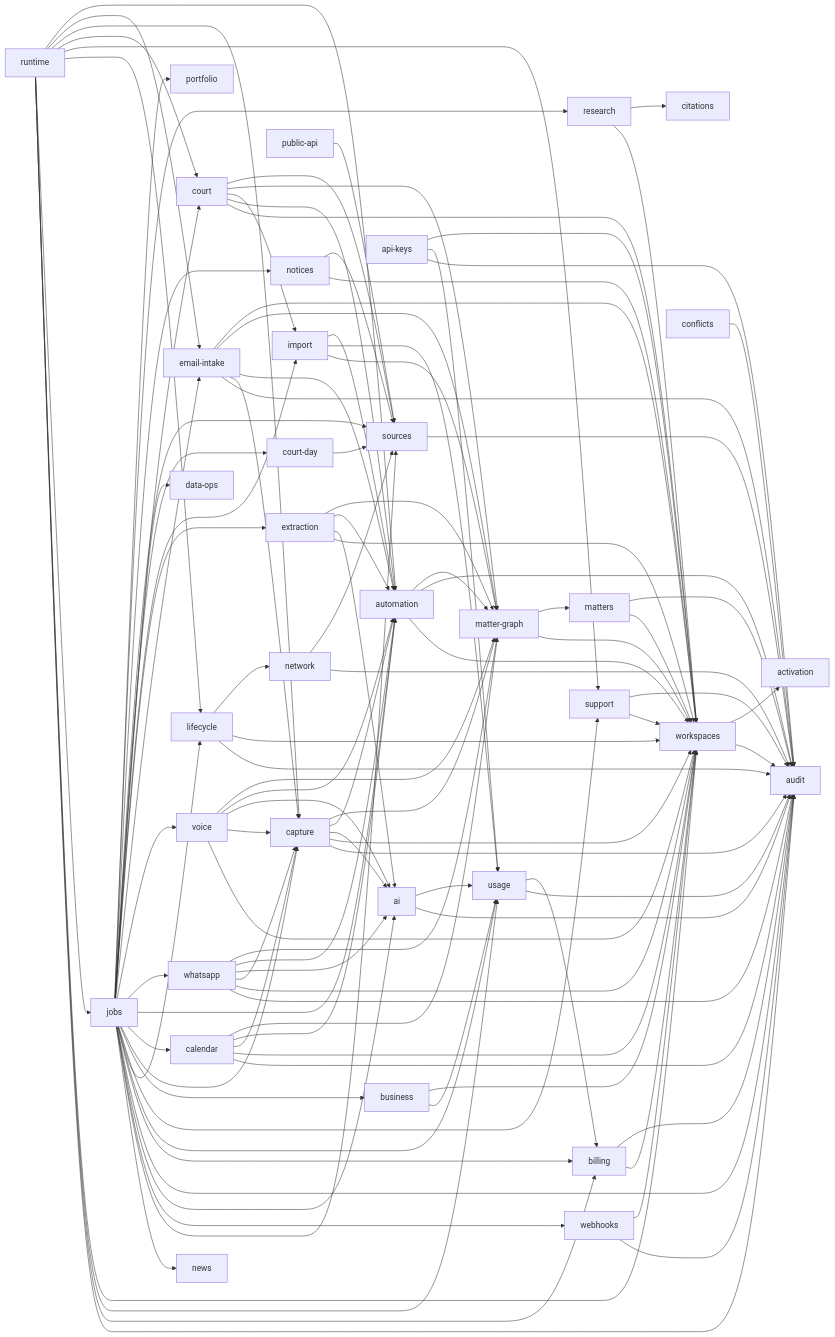
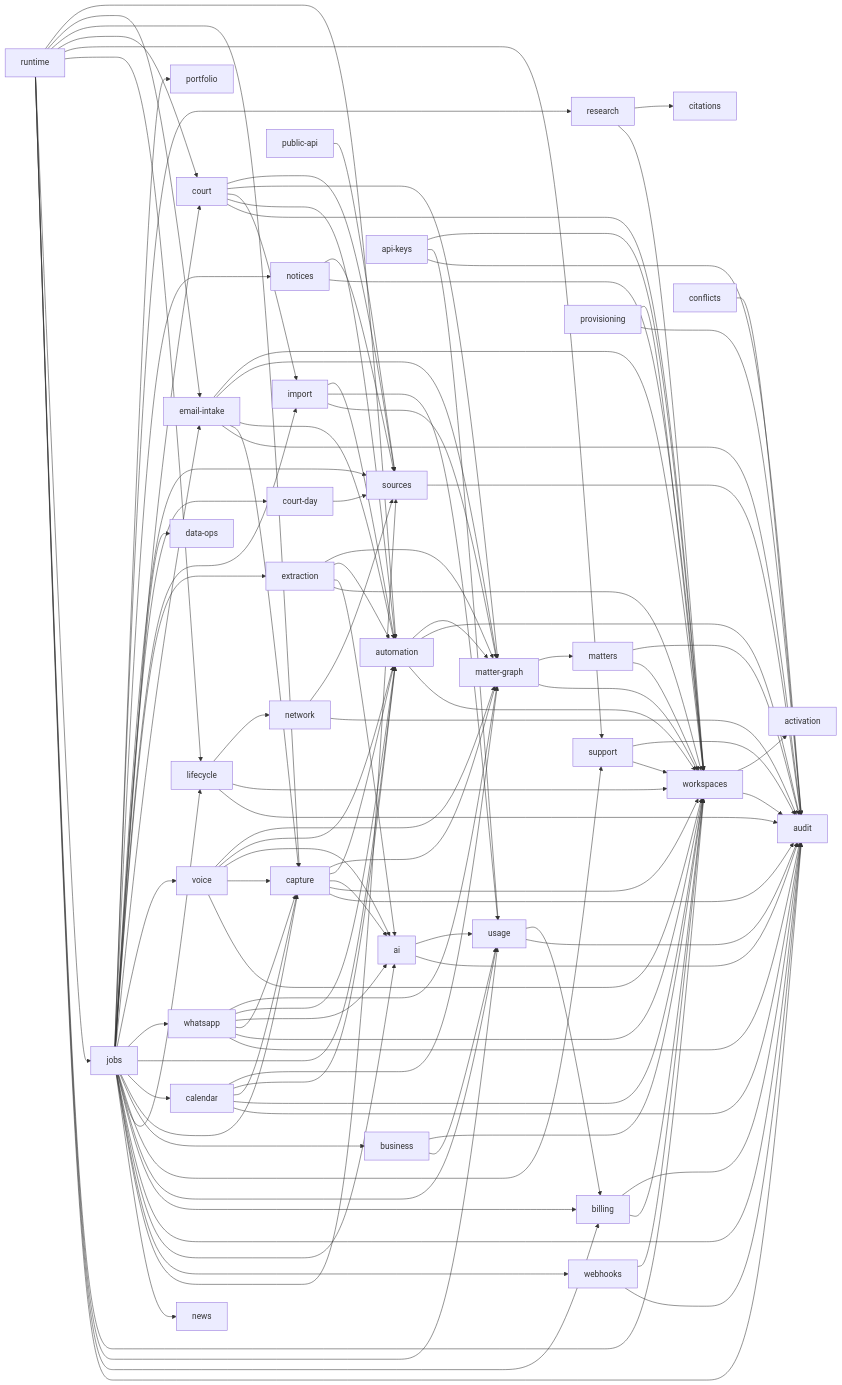
The diagram in docs/engineering/core-domains.md (RapierCraftStudios/causedeck), drawn with Mermaid before and after one commit. The commit also changed other lines of this file and 25 other files, not shown here.

```diff
--- a/docs/engineering/core-domains.md
+++ b/docs/engineering/core-domains.md
@@ -160,6 +161,8 @@
   api-keys --> audit
   api-keys --> usage
   api-keys --> workspaces
+  provisioning --> audit
+  provisioning --> workspaces
   webhooks --> audit
   webhooks --> workspaces
   conflicts --> audit
```
